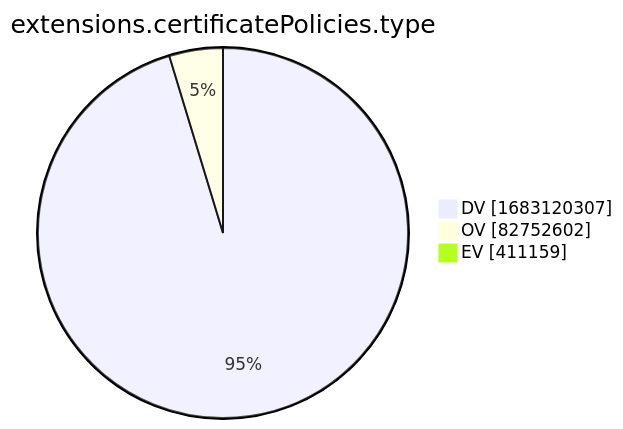
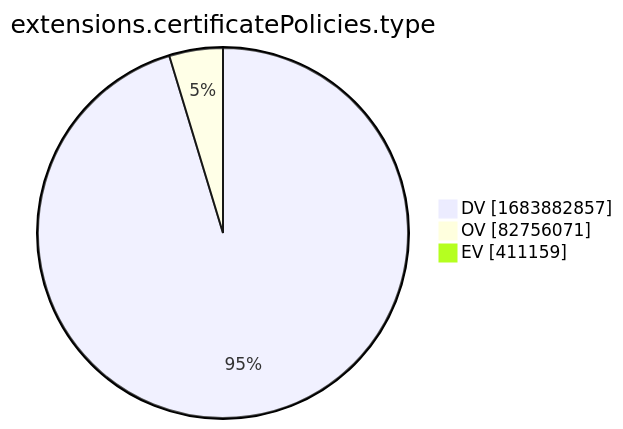
One commit to christiankrug/ctmonitor_visualization changed the tenth of 15 diagrams in xenon2022/README.md. Above: the diagram before and after it, drawn with Mermaid. The commit also changed other lines of this file, not shown here.

````diff
--- a/xenon2022/README.md
+++ b/xenon2022/README.md
@@ -2881,7 +2881,7 @@
 ```mermaid
 pie showData
 title extensions.certificatePolicies.type
-"DV" :1683120307
-"OV" :82752602
+"DV" :1683882857
+"OV" :82756071
 "EV" :411159
 ```
````
